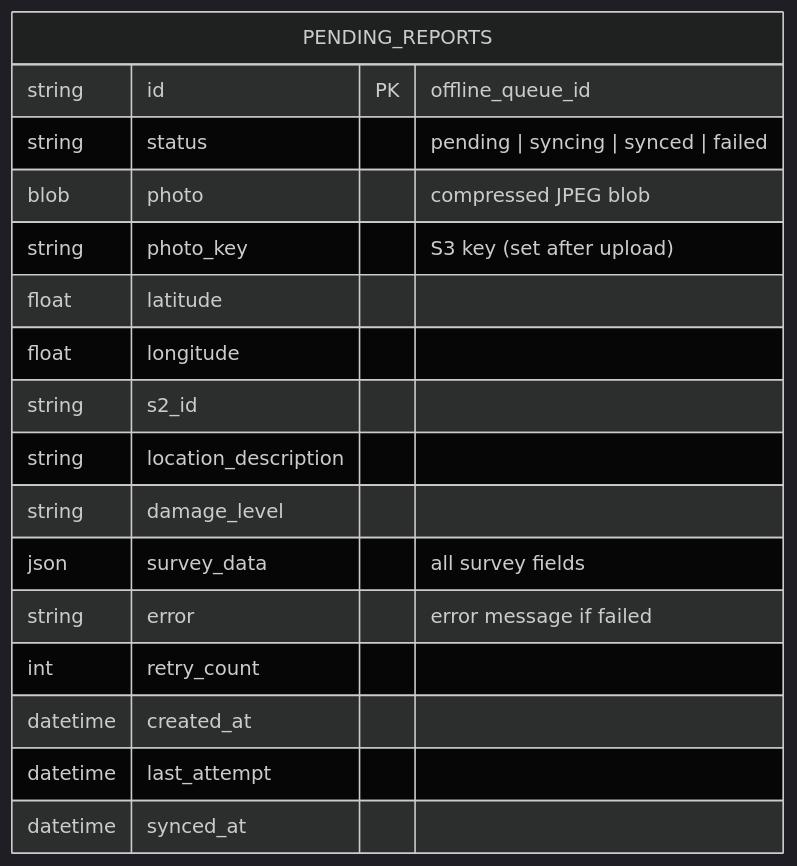
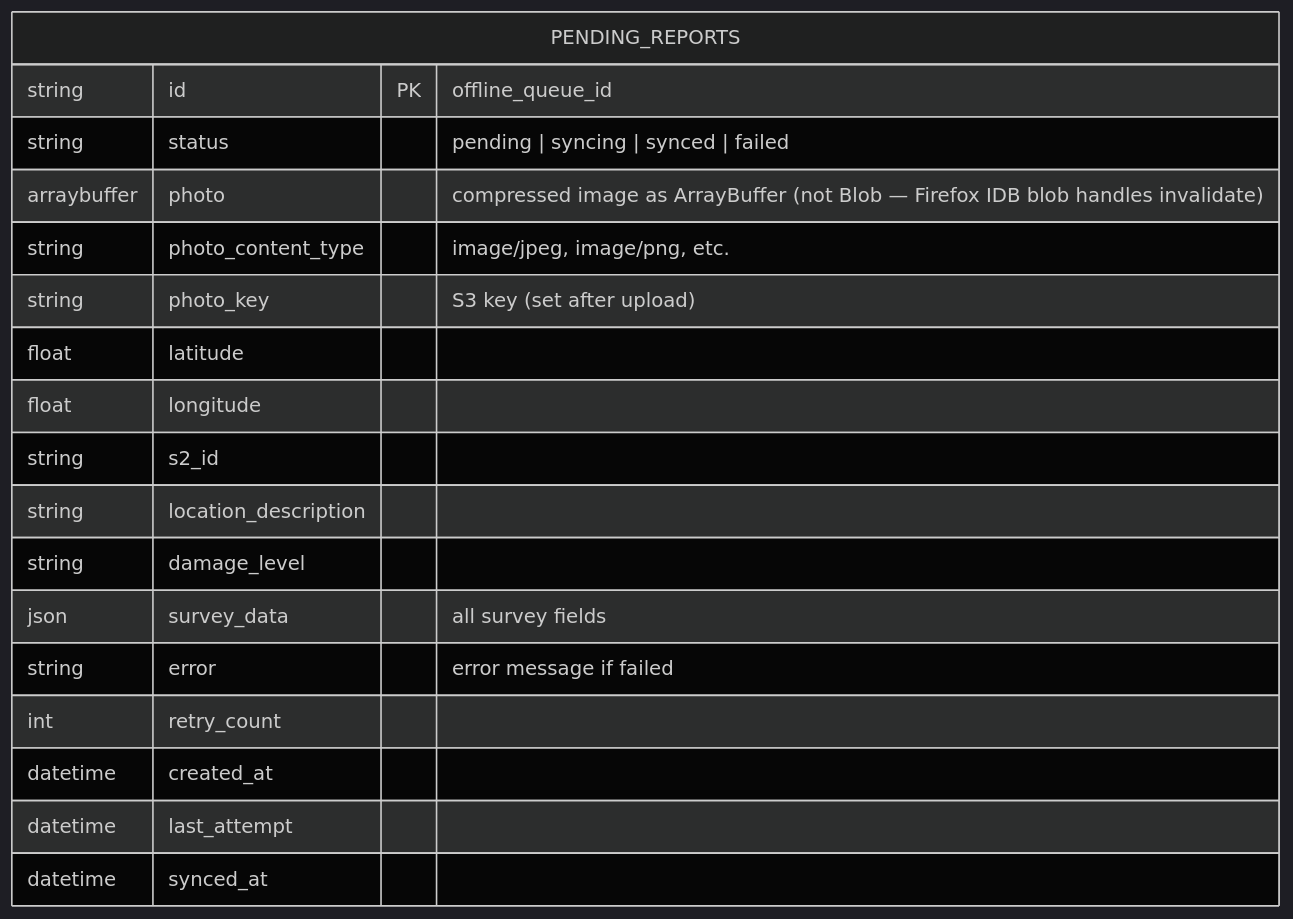
One commit to foad/terra changed the tenth of 10 diagrams in docs/offline-connectivity-scenarios.md. Above: the diagram before and after it, drawn with Mermaid (dark theme). The commit also changed 10 other files, not shown here.

````diff
--- a/docs/offline-connectivity-scenarios.md
+++ b/docs/offline-connectivity-scenarios.md
@@ -268,20 +268,21 @@
 ```mermaid
 erDiagram
     PENDING_REPORTS {
         string id PK "offline_queue_id"
         string status "pending | syncing | synced | failed"
-        blob photo "compressed JPEG blob"
+        arraybuffer photo "compressed image as ArrayBuffer (not Blob — Firefox IDB blob handles invalidate)"
+        string photo_content_type "image/jpeg, image/png, etc."
         string photo_key "S3 key (set after upload)"
         float latitude
         float longitude
         string s2_id
         string location_description
         string damage_level
         json survey_data "all survey fields"
         string error "error message if failed"
         int retry_count
         datetime created_at
         datetime last_attempt
         datetime synced_at
     }
 ```
````
